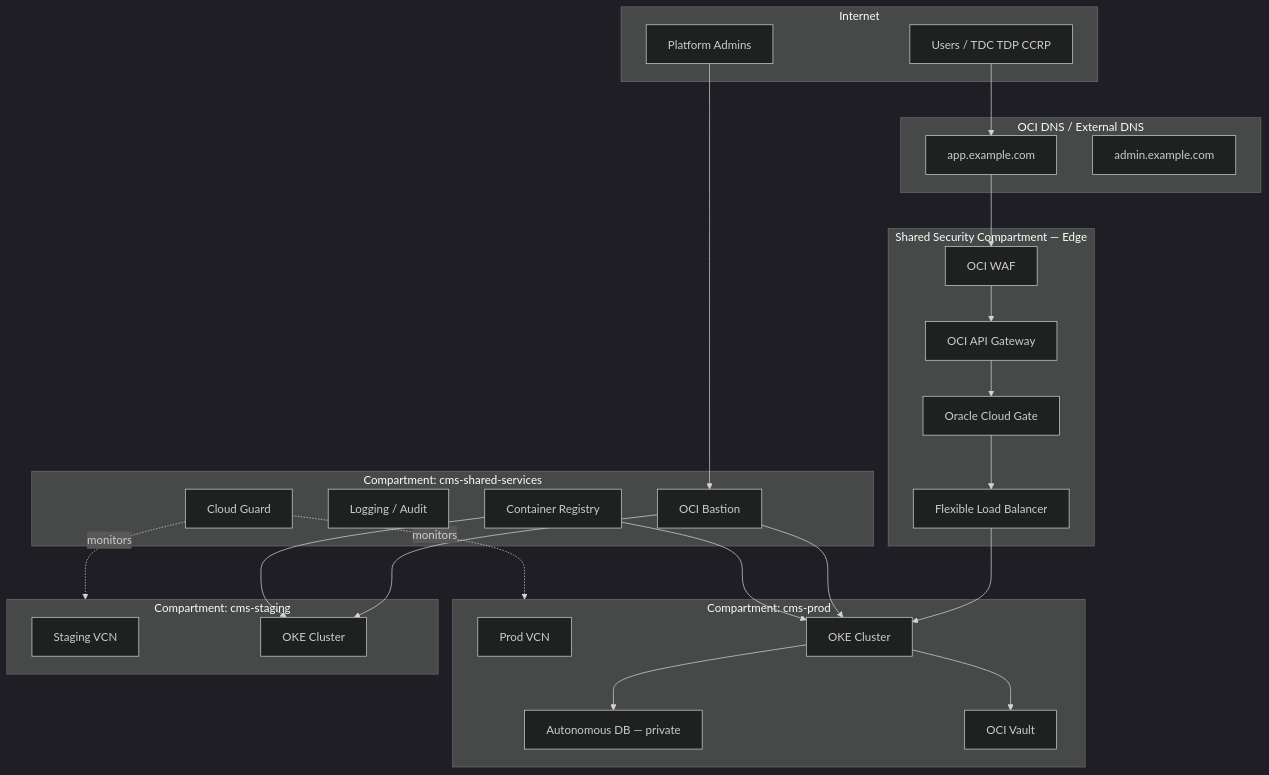
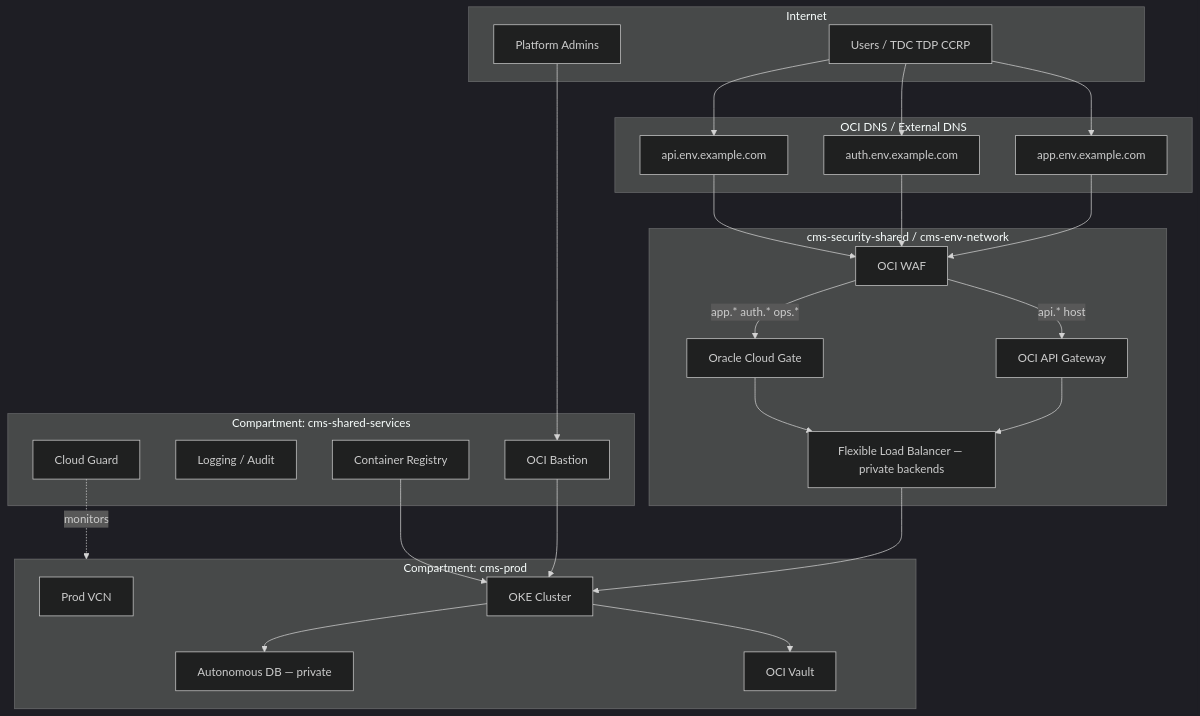
Before and after one commit to gitmujoshi/Confidential-AI-Network: the diagram in docs/production/OCI_SECURITY_ARCHITECTURE.md, drawn with Mermaid (dark theme). The commit also changed other lines of this file and 14 other files, not shown here.

````diff
--- a/docs/production/OCI_SECURITY_ARCHITECTURE.md
+++ b/docs/production/OCI_SECURITY_ARCHITECTURE.md
@@ -28,54 +291,49 @@
 ```mermaid
 flowchart TB
   subgraph Internet
     Users[Users / TDC TDP CCRP]
     Admins[Platform Admins]
   end
 
   subgraph DNS["OCI DNS / External DNS"]
-    WAF_DNS[app.example.com]
-    Admin_DNS[admin.example.com]
+    App_DNS[app.env.example.com]
+    Auth_DNS[auth.env.example.com]
+    Api_DNS[api.env.example.com]
   end
 
-  subgraph Edge["Shared Security Compartment — Edge"]
+  subgraph Edge["cms-security-shared / cms-env-network"]
     WAF[OCI WAF]
     APIGW[OCI API Gateway]
     CG[Oracle Cloud Gate]
-    LB[Flexible Load Balancer]
+    LB[Flexible Load Balancer — private backends]
   end
 
   subgraph EnvProd["Compartment: cms-prod"]
     VCN_P[Prod VCN]
     OKE_P[OKE Cluster]
     ADB_P[Autonomous DB — private]
     Vault_P[OCI Vault]
   end
 
-  subgraph EnvStage["Compartment: cms-staging"]
-    VCN_S[Staging VCN]
-    OKE_S[OKE Cluster]
-  end
-
   subgraph Shared["Compartment: cms-shared-services"]
     OCIR[Container Registry]
     Logging[Logging / Audit]
     CloudGuard[Cloud Guard]
     Bastion[OCI Bastion]
   end
 
-  Users --> WAF_DNS --> WAF --> APIGW
-  APIGW --> CG
-  CG --> LB
+  Users --> App_DNS --> WAF
+  Users --> Auth_DNS --> WAF
+  Users --> Api_DNS --> WAF
+
+  WAF -->|api.* host| APIGW --> LB
+  WAF -->|app.* auth.* ops.*| CG --> LB
   LB --> OKE_P
   OKE_P --> ADB_P
   OKE_P --> Vault_P
 
-  Admins --> Bastion
-  Bastion --> OKE_P
-  Bastion --> OKE_S
+  Admins --> Bastion --> OKE_P
 
   CloudGuard -. monitors .-> EnvProd
-  CloudGuard -. monitors .-> EnvStage
   OCIR --> OKE_P
-  OCIR --> OKE_S
 ```
````
